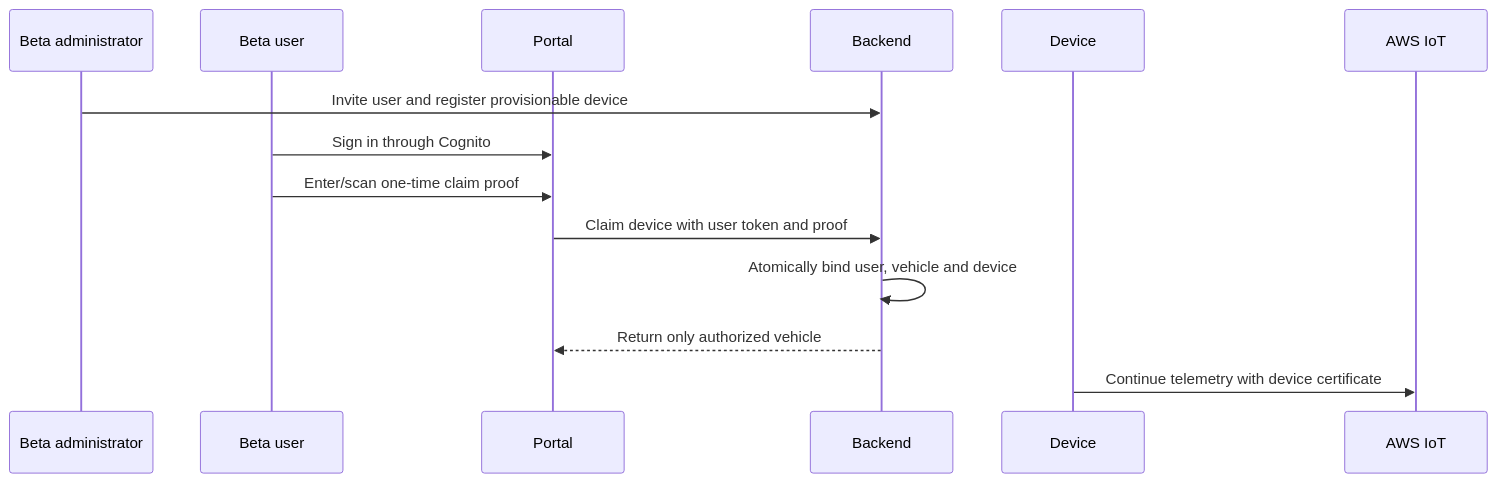
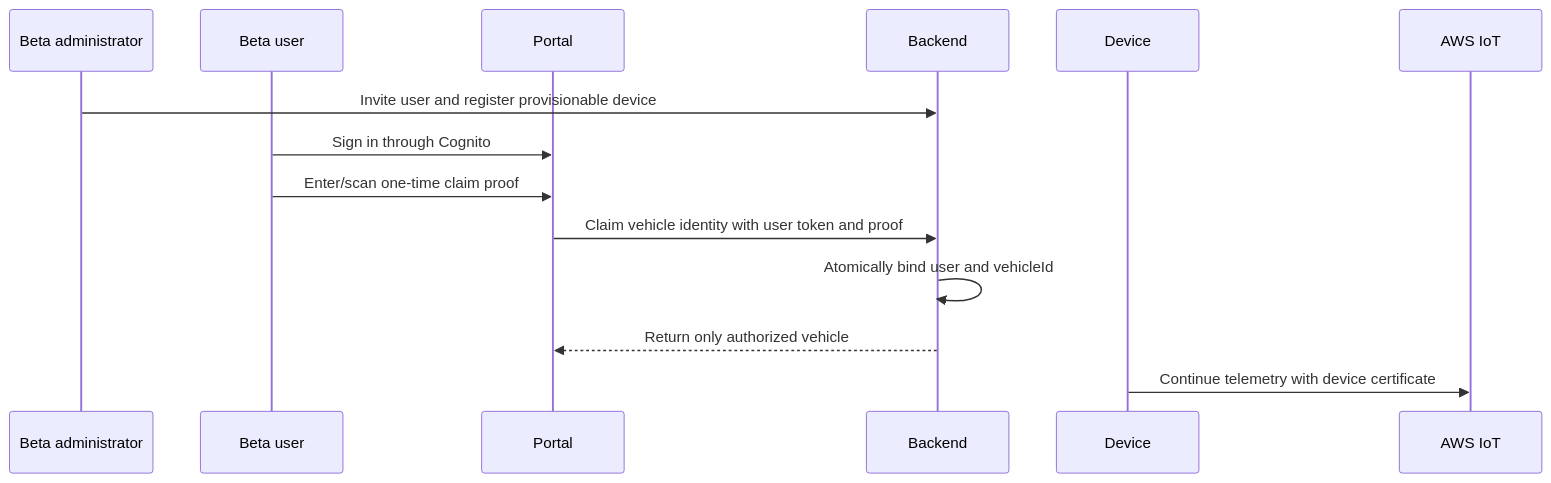
Before and after one commit to MM1834/microlino-open-telemetry: the second of 2 diagrams in docs/architecture/aws-iot.md, drawn with Mermaid. The commit also changed other lines of this file and 10 other files, not shown here.

````diff
--- a/docs/architecture/aws-iot.md
+++ b/docs/architecture/aws-iot.md
@@ -44,17 +45,17 @@
 ```mermaid
 sequenceDiagram
     participant Admin as Beta administrator
     participant User as Beta user
     participant Portal
     participant Backend
     participant Device
     participant IoT as AWS IoT
 
     Admin->>Backend: Invite user and register provisionable device
     User->>Portal: Sign in through Cognito
     User->>Portal: Enter/scan one-time claim proof
-    Portal->>Backend: Claim device with user token and proof
-    Backend->>Backend: Atomically bind user, vehicle and device
+    Portal->>Backend: Claim vehicle identity with user token and proof
+    Backend->>Backend: Atomically bind user and vehicleId
     Backend-->>Portal: Return only authorized vehicle
     Device->>IoT: Continue telemetry with device certificate
 ```
````
